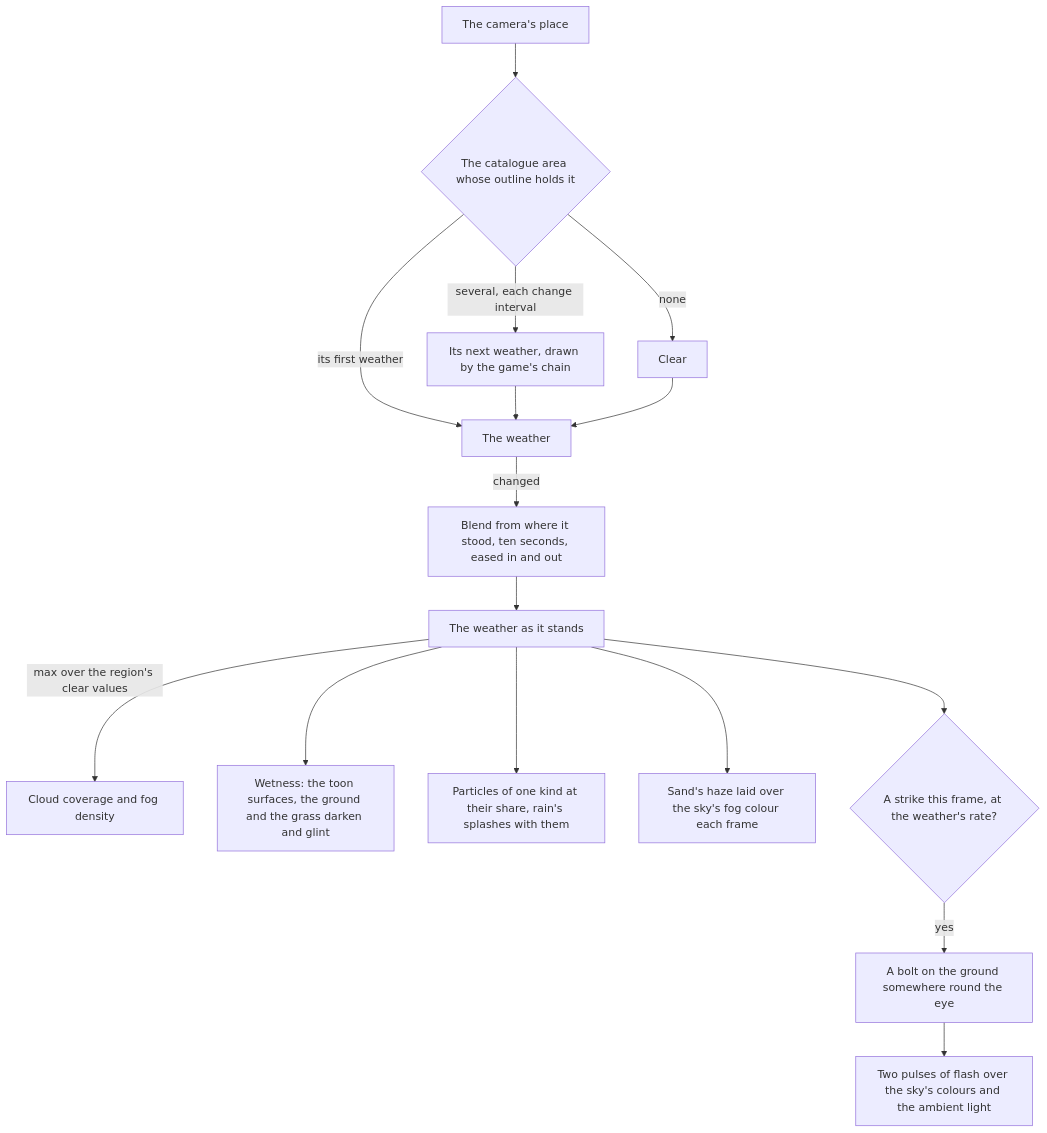
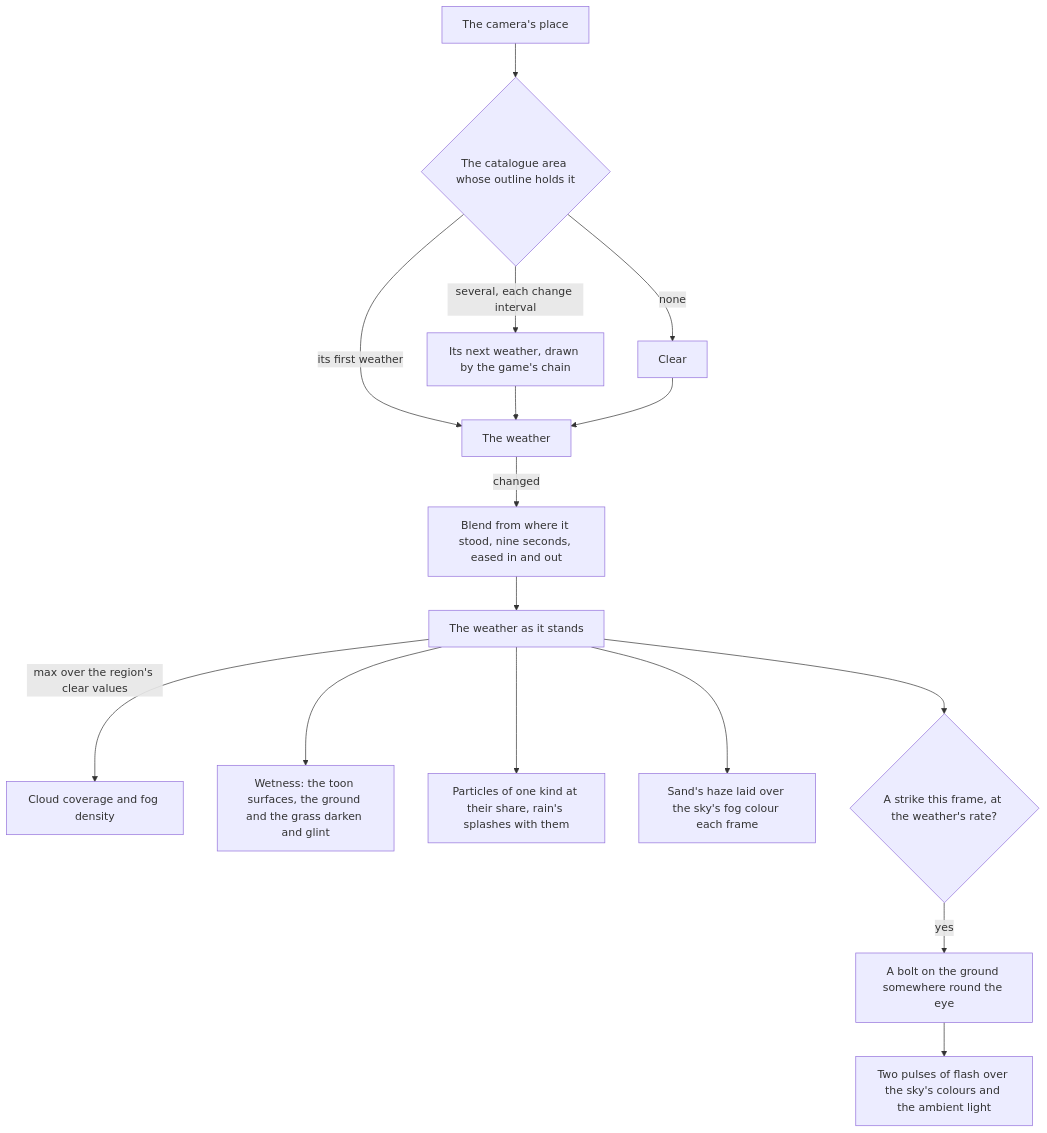
The diagram in apps/web/content/docs/genshin/weather.md (Esposter/Esposter), drawn with Mermaid before and after one commit. The commit also changed other lines of this file and 3 other files, not shown here.

First line of the commit message:
feat(genshin-engine): a weather turns over nine seconds, read off the thunderstorm clip's sky, and the two compute lines it and Fontaine's witness closed are gone

````diff
--- a/apps/web/content/docs/genshin/weather.md
+++ b/apps/web/content/docs/genshin/weather.md
@@ -12,18 +12,18 @@
 ```mermaid
 flowchart TD
   CAM[The camera's place] --> AREA{The catalogue area whose outline holds it}
   AREA -->|its first weather| W[The weather]
   AREA -->|several, each change interval| TURN["Its next weather, drawn by the game's chain"]
   TURN --> W
   AREA -->|none| CLEAR[Clear]
   CLEAR --> W
-  W -->|changed| BLEND["Blend from where it stood, ten seconds, eased in and out"]
+  W -->|changed| BLEND["Blend from where it stood, nine seconds, eased in and out"]
   BLEND --> STATE[The weather as it stands]
   STATE -->|max over the region's clear values| SKY[Cloud coverage and fog density]
   STATE --> WET[Wetness: the toon surfaces, the ground and the grass darken and glint]
   STATE --> PU["Particles of one kind at their share, rain's splashes with them"]
   STATE --> TINT["Sand's haze laid over the sky's fog colour each frame"]
   STATE --> RATE{A strike this frame, at the weather's rate?}
   RATE -->|yes| BOLT[A bolt on the ground somewhere round the eye]
   BOLT --> FLASH["Two pulses of flash over the sky's colours and the ambient light"]
 ```
````
